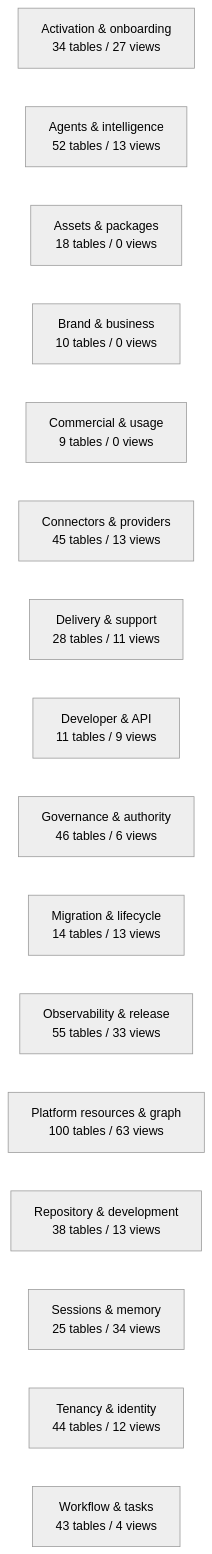
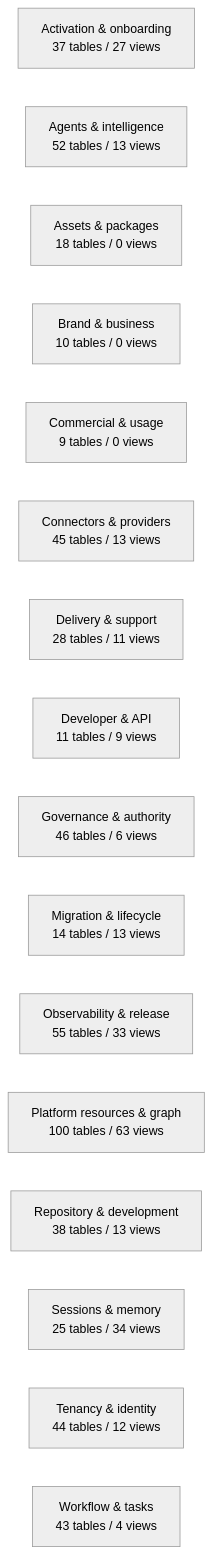
One commit to mad4bdigital-ai/multi-business-multi-role-growth-intelligence-os changed the diagram in docs/work-maps/data-model-domain-map.md. Above: the diagram before and after it, drawn with Mermaid (neutral theme). The commit also changed other lines of this file and 38 other files, not shown here.

````diff
--- a/docs/work-maps/data-model-domain-map.md
+++ b/docs/work-maps/data-model-domain-map.md
@@ -9,19 +9,19 @@
 ```mermaid
 flowchart LR
-  n_Activation___onboarding["Activation & onboarding<br/>34 tables / 27 views"]
+  n_Activation___onboarding["Activation & onboarding<br/>37 tables / 27 views"]
   n_Agents___intelligence["Agents & intelligence<br/>52 tables / 13 views"]
   n_Assets___packages["Assets & packages<br/>18 tables / 0 views"]
   n_Brand___business["Brand & business<br/>10 tables / 0 views"]
   n_Commercial___usage["Commercial & usage<br/>9 tables / 0 views"]
   n_Connectors___providers["Connectors & providers<br/>45 tables / 13 views"]
   n_Delivery___support["Delivery & support<br/>28 tables / 11 views"]
   n_Developer___API["Developer & API<br/>11 tables / 9 views"]
   n_Governance___authority["Governance & authority<br/>46 tables / 6 views"]
   n_Migration___lifecycle["Migration & lifecycle<br/>14 tables / 13 views"]
   n_Observability___release["Observability & release<br/>55 tables / 33 views"]
   n_Platform_resources___graph["Platform resources & graph<br/>100 tables / 63 views"]
   n_Repository___development["Repository & development<br/>38 tables / 13 views"]
   n_Sessions___memory["Sessions & memory<br/>25 tables / 34 views"]
   n_Tenancy___identity["Tenancy & identity<br/>44 tables / 12 views"]
   n_Workflow___tasks["Workflow & tasks<br/>43 tables / 4 views"]
 ```
````
